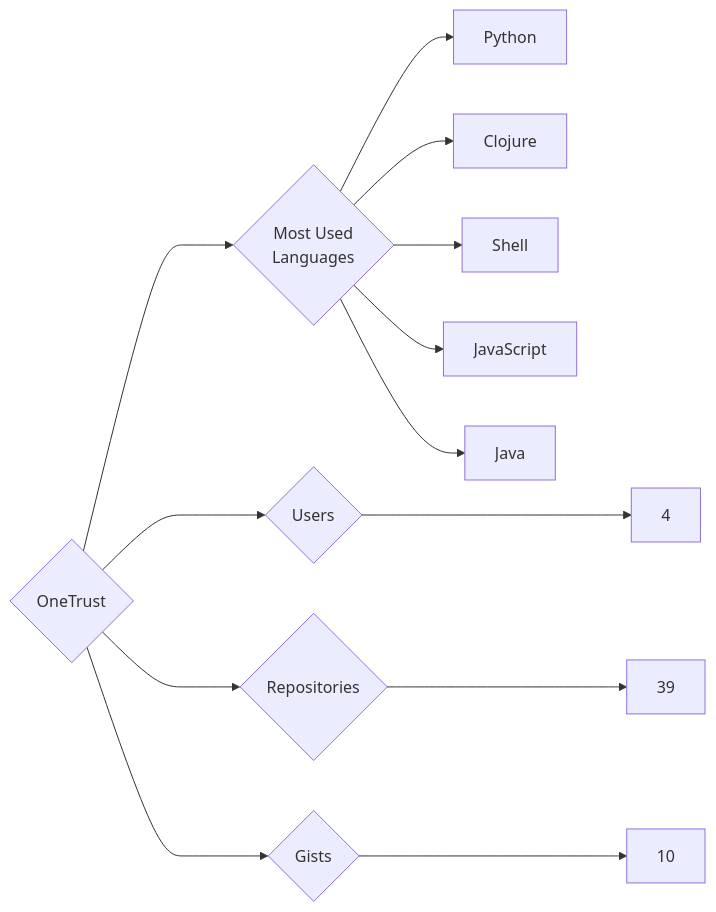
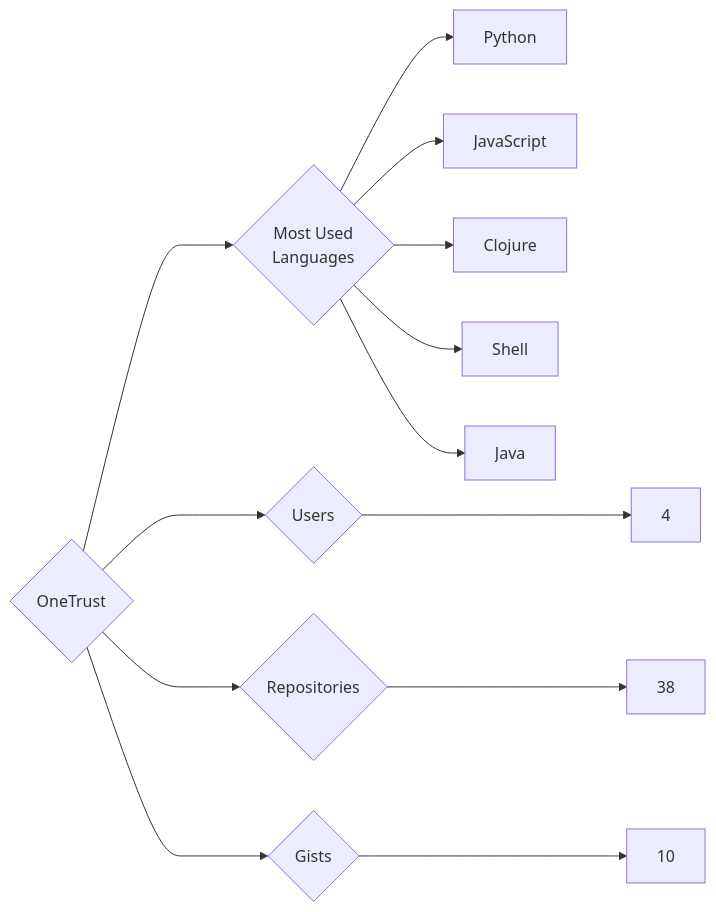
Before and after one commit to trickest/insiders: the diagram in targets/OneTrust/README.md, drawn with Mermaid. The commit also changed 1496 other files, not shown here.

````diff
--- a/targets/OneTrust/README.md
+++ b/targets/OneTrust/README.md
@@ -3,13 +3,13 @@
 ```mermaid
 graph LR
 COMPANY_NAME{OneTrust}
 COMPANY_NAME ---> U{Users} ---> UN[4]
-COMPANY_NAME ---> R{Repositories} ---> RN[39]
+COMPANY_NAME ---> R{Repositories} ---> RN[38]
 COMPANY_NAME ---> G{Gists} ---> GN[10]
 COMPANY_NAME ---> ML{Most Used<br>Languages}
 ML --> Python[Python]
+ML --> JavaScript[JavaScript]
 ML --> Clojure[Clojure]
 ML --> Shell[Shell]
-ML --> JavaScript[JavaScript]
 ML --> Java[Java]
 ```
````
